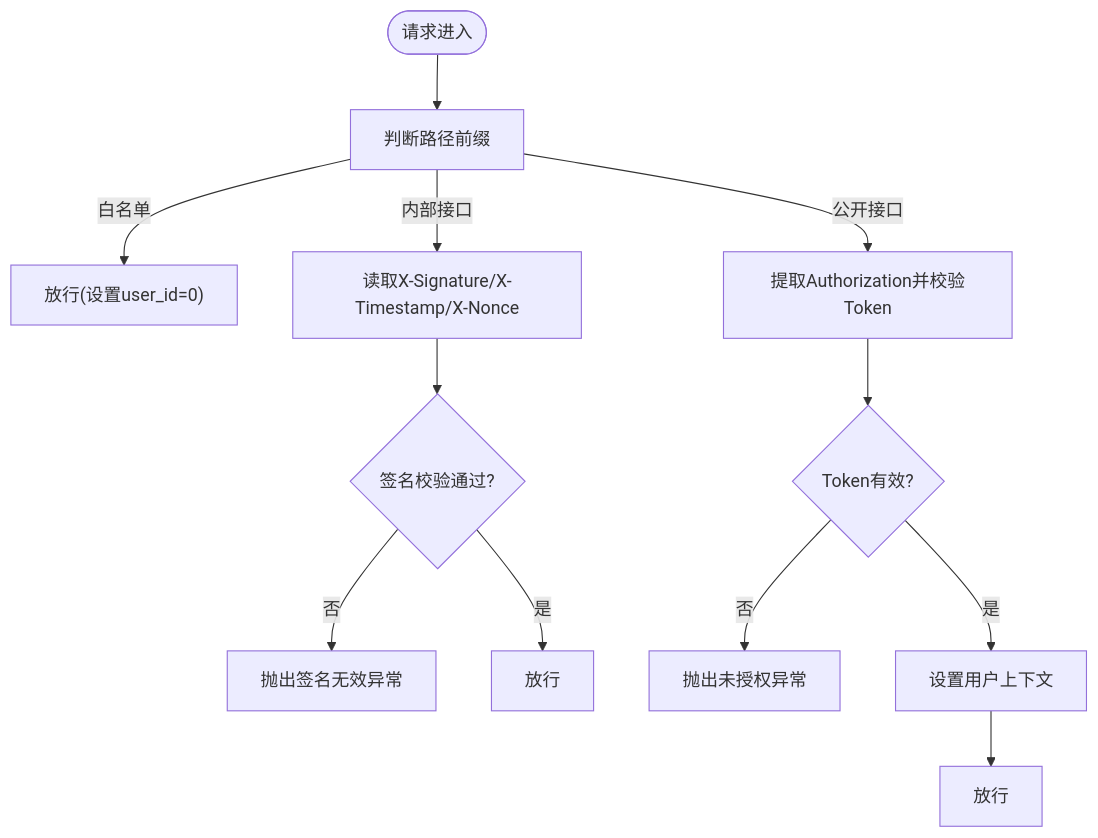
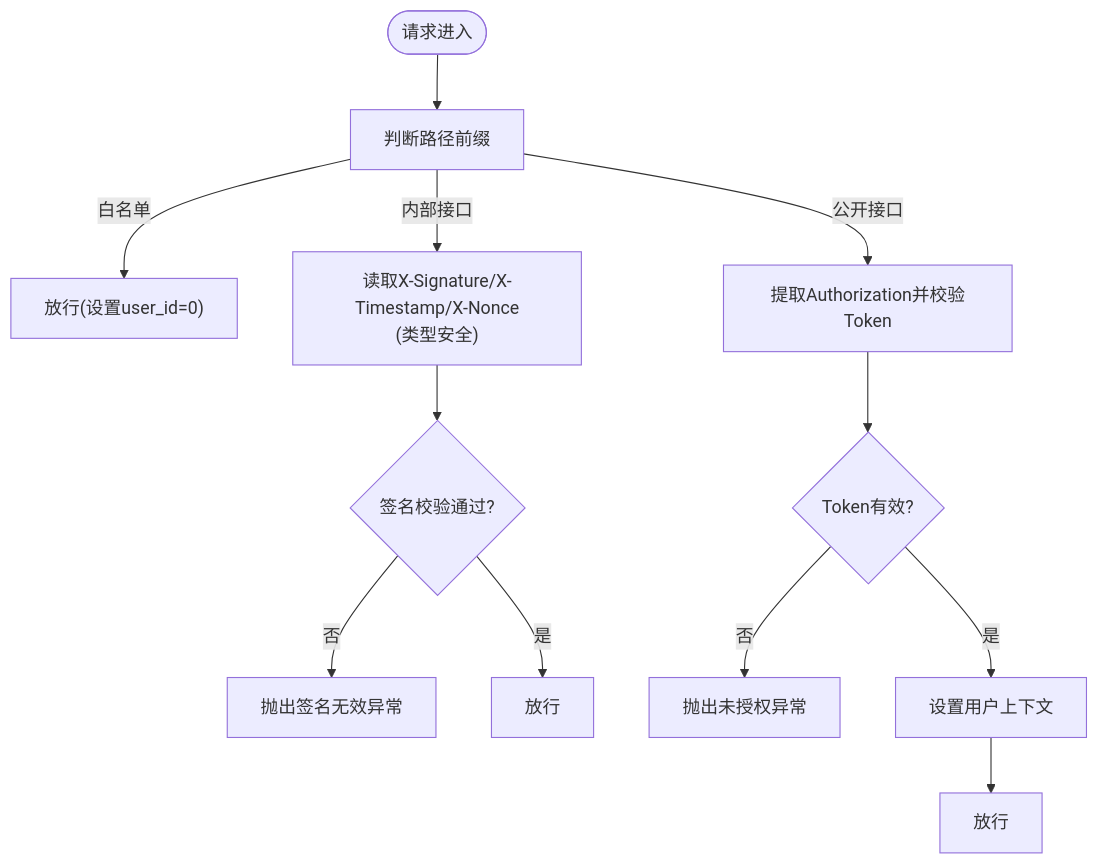
One commit to lilinzezzzzzz/fastapi-backend changed the fourth of 6 diagrams in .qoder/repowiki/zh/content/安全认证机制/签名认证机制.md. Above: the diagram before and after it, drawn with Mermaid. The commit also changed other lines of this file and 42 other files, not shown here.

````diff
--- a/.qoder/repowiki/zh/content/安全认证机制/签名认证机制.md
+++ b/.qoder/repowiki/zh/content/安全认证机制/签名认证机制.md
@@ -171,13 +193,13 @@
 ```mermaid
 flowchart TD
 Start(["请求进入"]) --> CheckPath["判断路径前缀"]
 CheckPath --> |白名单| Allow1["放行(设置user_id=0)"]
-CheckPath --> |内部接口| VerifySig["读取X-Signature/X-Timestamp/X-Nonce"]
+CheckPath --> |内部接口| VerifySig["读取X-Signature/X-Timestamp/X-Nonce<br/>(类型安全)"]
 VerifySig --> SigVerify{"签名校验通过?"}
 SigVerify --> |否| Err["抛出签名无效异常"]
 SigVerify --> |是| Allow2["放行"]
 CheckPath --> |公开接口| Token["提取Authorization并校验Token"]
 Token --> TokenOK{"Token有效?"}
 TokenOK --> |否| Err2["抛出未授权异常"]
 TokenOK --> |是| SetCtx["设置用户上下文"] --> Allow3["放行"]
 ```
````
